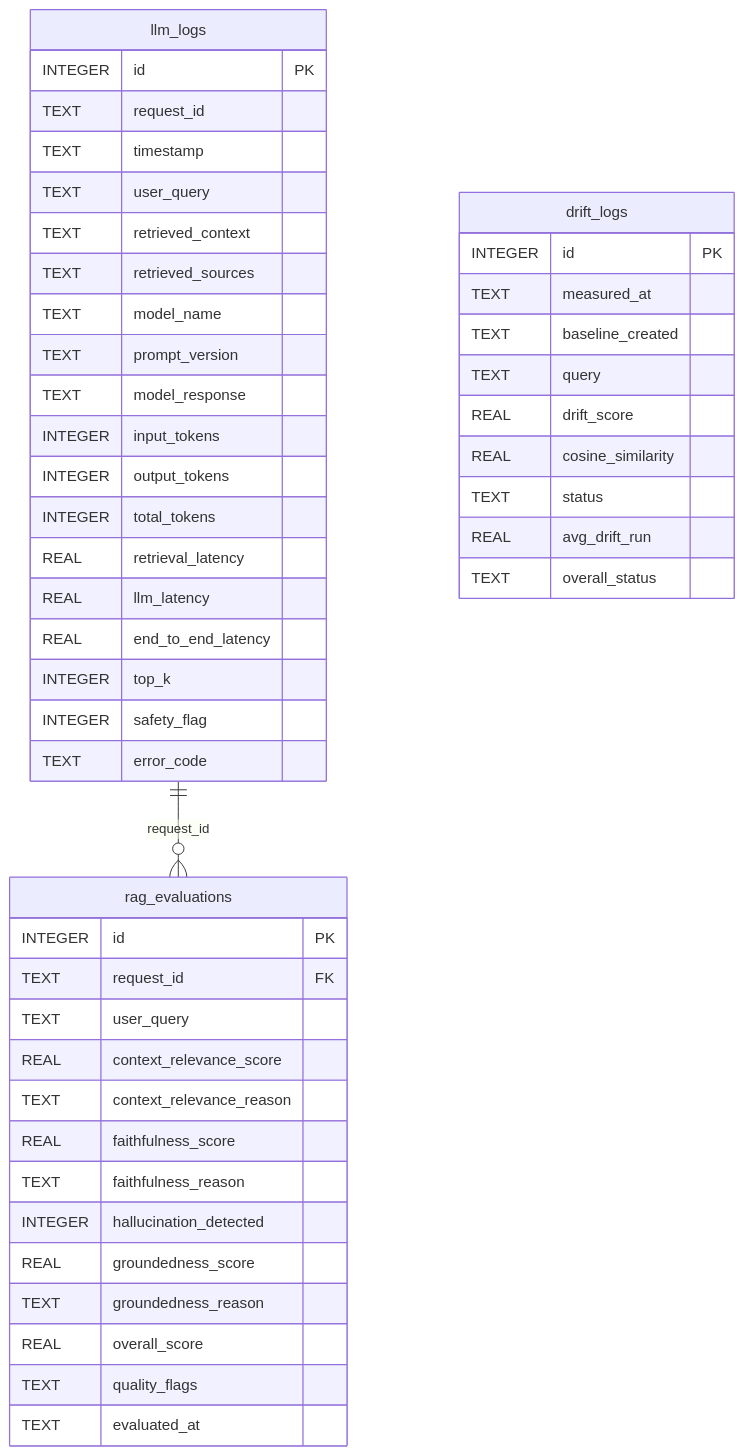
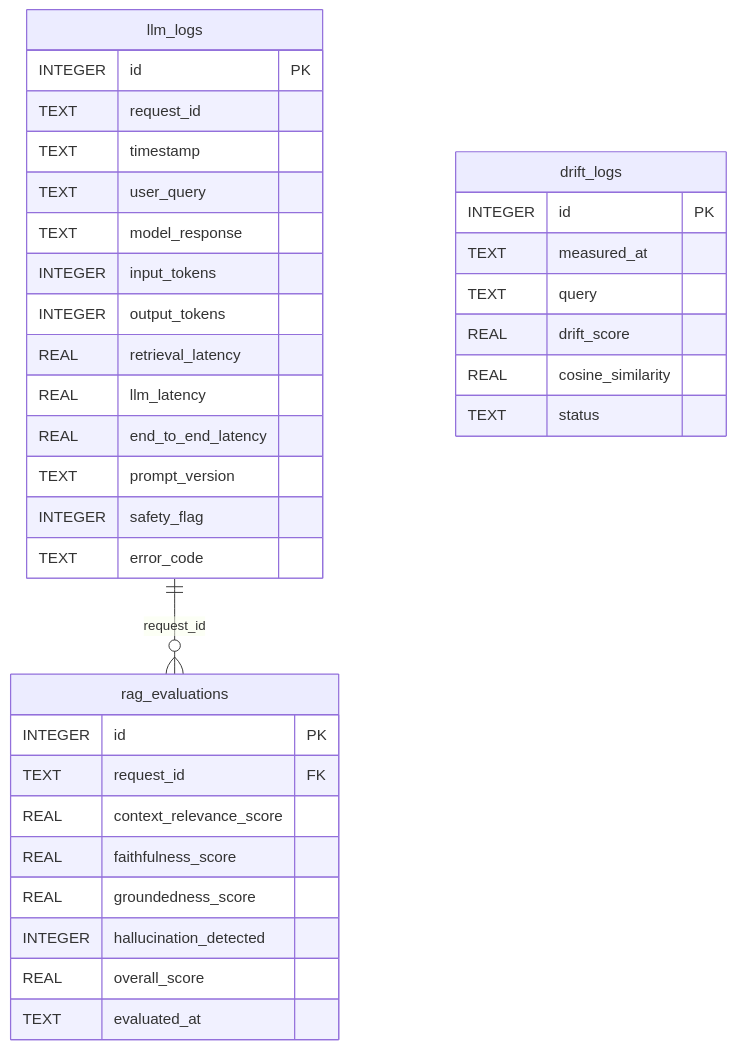
The third of 3 diagrams in docs/architecture.md (orderBy12/llm-monitoring-platform), drawn with Mermaid before and after one commit. The commit also changed other lines of this file and 2 other files, not shown here.

````diff
--- a/docs/architecture.md
+++ b/docs/architecture.md
@@ -140,53 +95,40 @@
 ```mermaid
 erDiagram
     llm_logs {
         INTEGER id PK
         TEXT    request_id
         TEXT    timestamp
         TEXT    user_query
-        TEXT    retrieved_context
-        TEXT    retrieved_sources
-        TEXT    model_name
-        TEXT    prompt_version
         TEXT    model_response
         INTEGER input_tokens
         INTEGER output_tokens
-        INTEGER total_tokens
         REAL    retrieval_latency
         REAL    llm_latency
         REAL    end_to_end_latency
-        INTEGER top_k
+        TEXT    prompt_version
         INTEGER safety_flag
         TEXT    error_code
     }
 
     rag_evaluations {
         INTEGER id PK
         TEXT    request_id FK
-        TEXT    user_query
         REAL    context_relevance_score
-        TEXT    context_relevance_reason
         REAL    faithfulness_score
-        TEXT    faithfulness_reason
+        REAL    groundedness_score
         INTEGER hallucination_detected
-        REAL    groundedness_score
-        TEXT    groundedness_reason
         REAL    overall_score
-        TEXT    quality_flags
         TEXT    evaluated_at
     }
 
     drift_logs {
         INTEGER id PK
         TEXT    measured_at
-        TEXT    baseline_created
         TEXT    query
         REAL    drift_score
         REAL    cosine_similarity
         TEXT    status
-        REAL    avg_drift_run
-        TEXT    overall_status
     }
 
     llm_logs ||--o{ rag_evaluations : "request_id"
 ```
````
